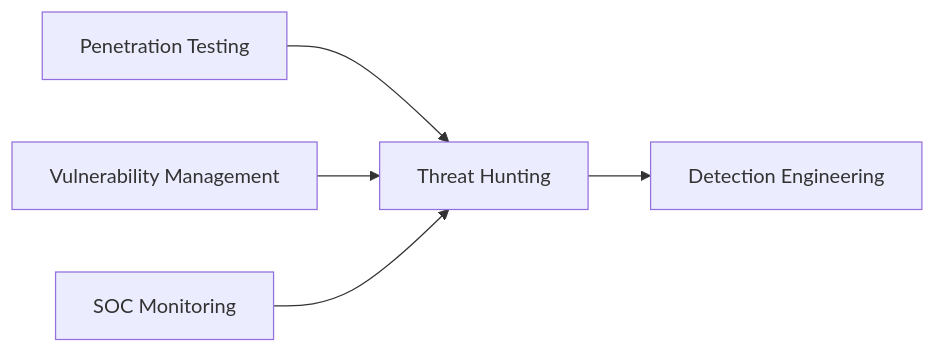
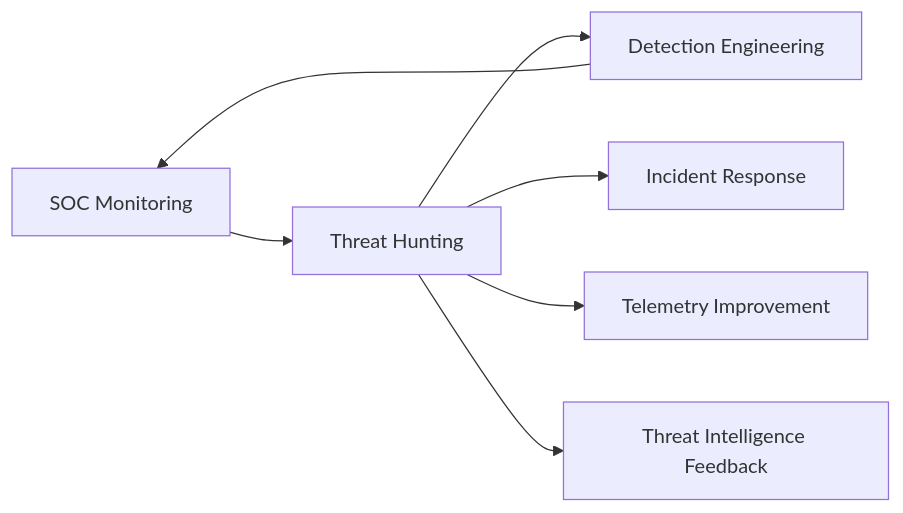
The third of 3 diagrams in content/part-1/introduction/from-alerts-to-hypothesis.md (rjohnsen/threathunting-book), drawn with Mermaid before and after one commit. The commit also changed other lines of this file, not shown here.

````diff
--- a/content/part-1/introduction/from-alerts-to-hypothesis.md
+++ b/content/part-1/introduction/from-alerts-to-hypothesis.md
@@ -153,7 +295,9 @@
 ```mermaid
 flowchart LR
-    PT[Penetration Testing] --> H[Threat Hunting]
-    VM[Vulnerability Management] --> H
-    SOC[SOC Monitoring] --> H
-    H --> DE[Detection Engineering]
+    A[SOC Monitoring] --> B[Threat Hunting]
+    B --> C[Detection Engineering]
+    C --> A
+    B --> D[Incident Response]
+    B --> E[Telemetry Improvement]
+    B --> F[Threat Intelligence Feedback]
 ```
````
